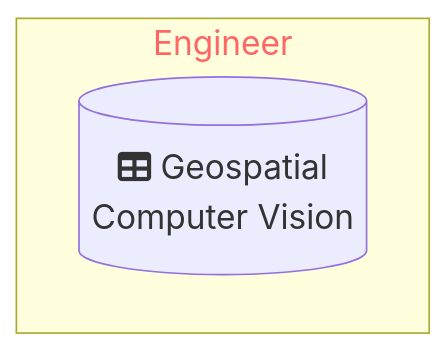
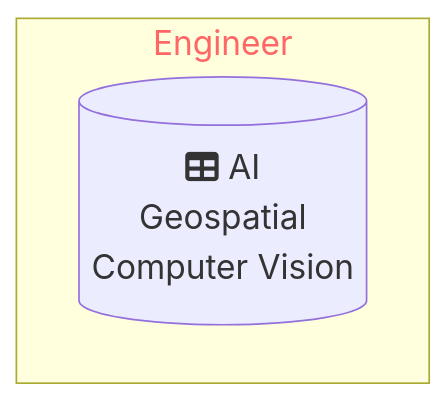
One commit to DippoldEJ/DippoldEJ changed the diagram in README.md. Above: the diagram before and after it, drawn with Mermaid.

````diff
--- a/README.md
+++ b/README.md
@@ -3,18 +3,18 @@
 ```mermaid
 flowchart LR;
 %%{init: {
 	'themeVariables': { 'fontSize': '20px', 'fontFamily': 'Didot'}
 	}
 }%%
 
  subgraph n[Engineer]
         direction LR
-        b[(fa:fa-table Geospatial <br> Computer Vision)]
+        b[(fa:fa-table AI <br> Geospatial <br> Computer Vision)]
     end
 
  
 
 style n color:#f66
 
 
 ```
````
